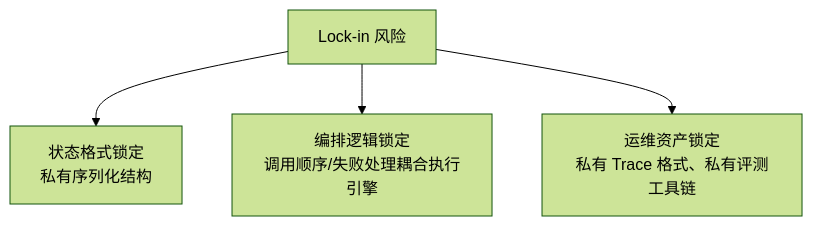
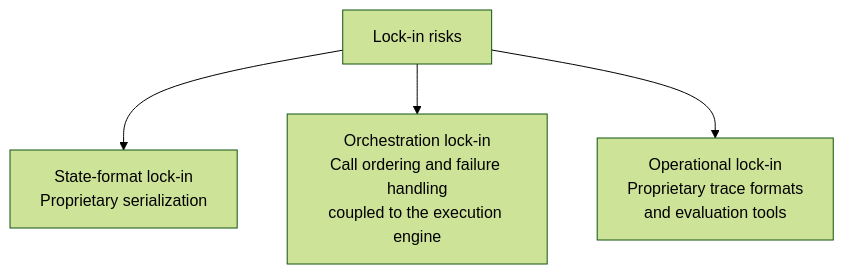
Before and after one commit to oneleaveknowsthefall/awesome-ai-roadmap: the first of 4 diagrams in docs/frameworks/06-selection-portability/23-lockin-and-portable-architecture.md, drawn with Mermaid (forest theme). The commit also changed other lines of this file and 70 other files, not shown here.

````diff
--- a/docs/frameworks/06-selection-portability/23-lockin-and-portable-architecture.md
+++ b/docs/frameworks/06-selection-portability/23-lockin-and-portable-architecture.md
@@ -15,6 +15,6 @@
 ```mermaid
 flowchart TB
-    L["Lock-in 风险"] --> L1["状态格式锁定<br/>私有序列化结构"]
-    L --> L2["编排逻辑锁定<br/>调用顺序/失败处理耦合执行引擎"]
-    L --> L3["运维资产锁定<br/>私有 Trace 格式、私有评测工具链"]
+    L["Lock-in risks"] --> L1["State-format lock-in<br/>Proprietary serialization"]
+    L --> L2["Orchestration lock-in<br/>Call ordering and failure handling<br/>coupled to the execution engine"]
+    L --> L3["Operational lock-in<br/>Proprietary trace formats<br/>and evaluation tools"]
 ```
````
